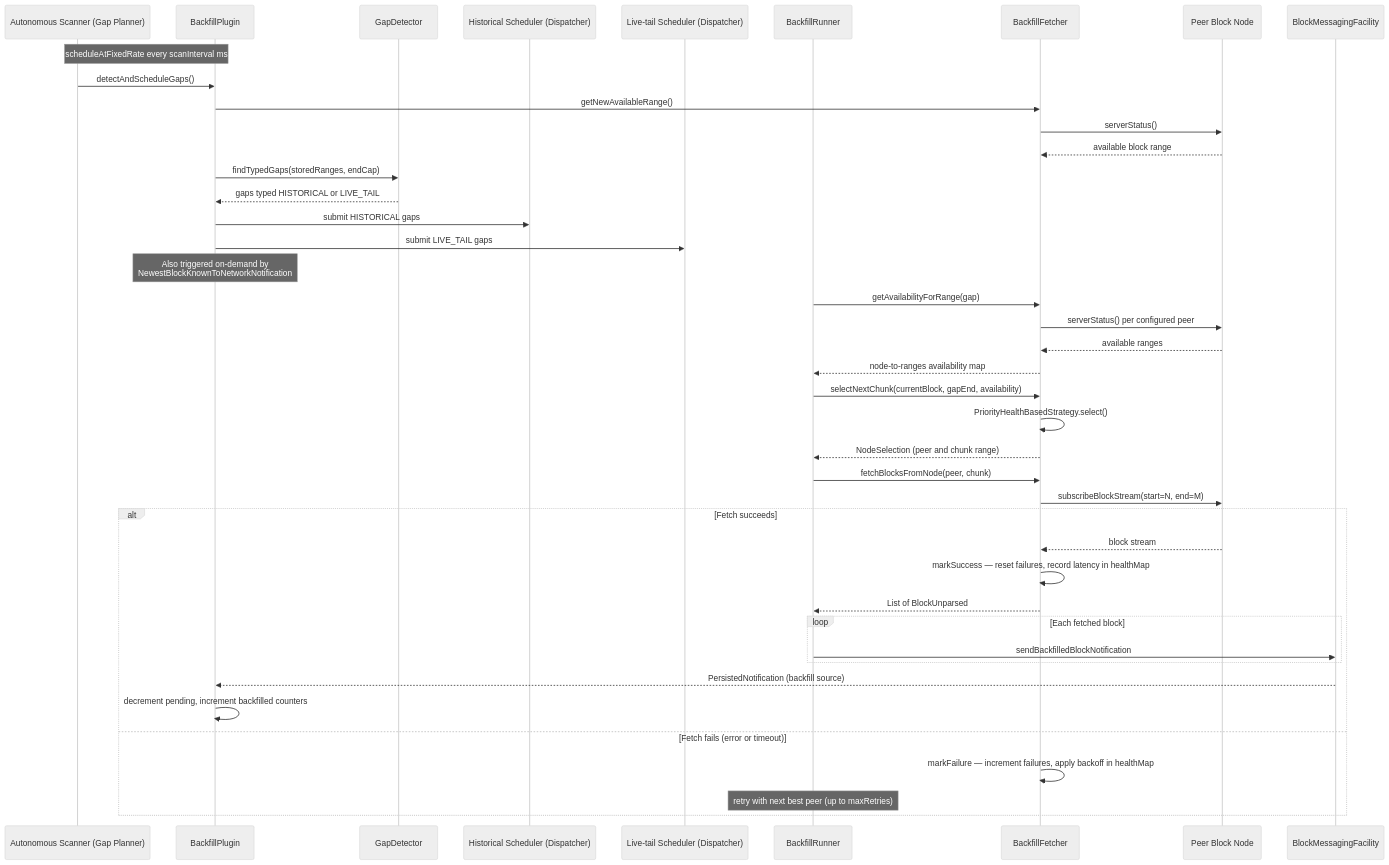
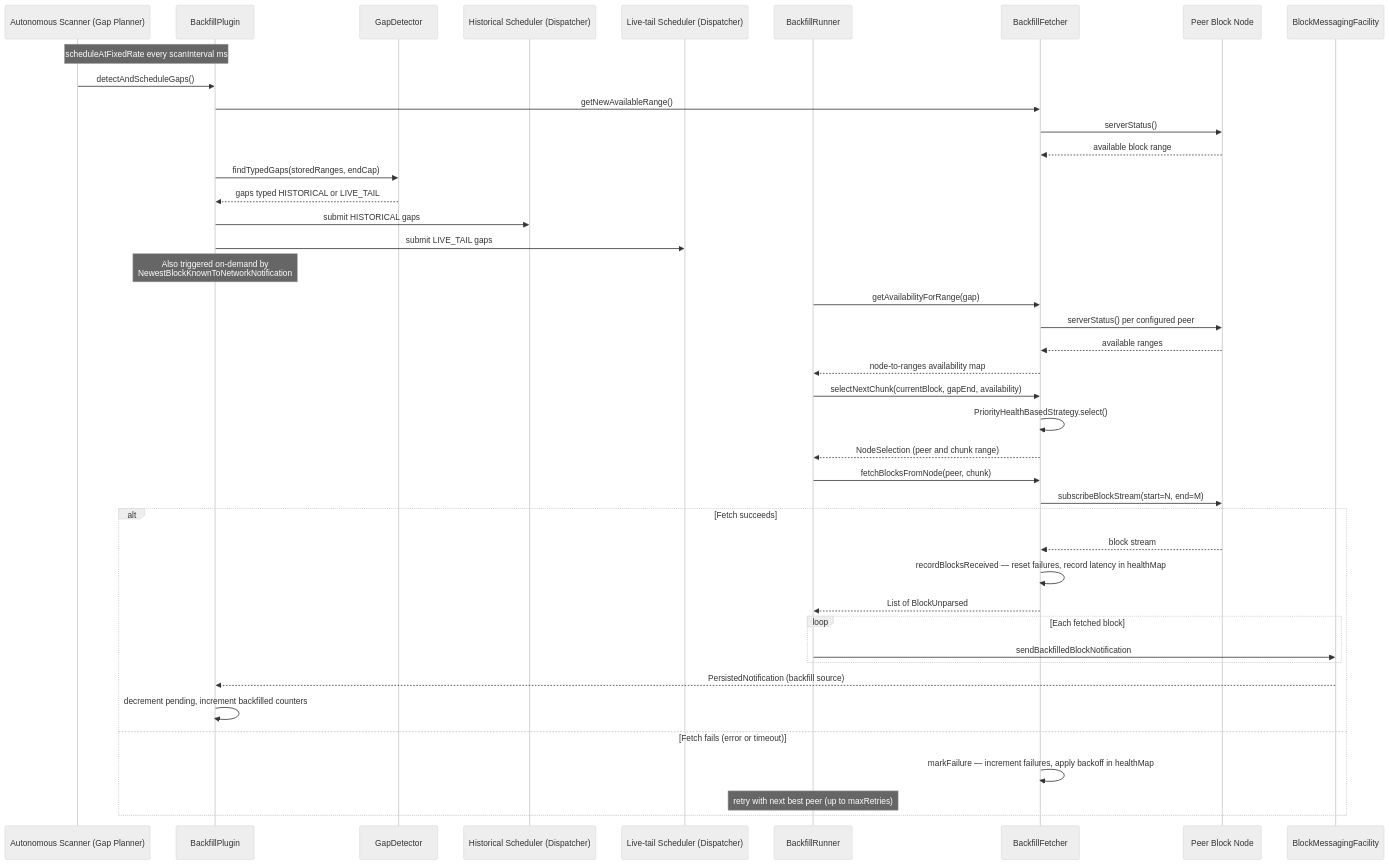
One commit to hiero-ledger/hiero-docs changed the third of 3 diagrams in block-node/block-node/architecture/data-flow.md. Above: the diagram before and after it, drawn with Mermaid (neutral theme). The commit also changed 13 other files, not shown here.

````diff
--- a/block-node/block-node/architecture/data-flow.md
+++ b/block-node/block-node/architecture/data-flow.md
@@ -159,48 +159,48 @@
 ```mermaid
 sequenceDiagram
     participant Scan as Autonomous Scanner (Gap Planner)
     participant Plugin as BackfillPlugin
     participant Detector as GapDetector
     participant HScheduler as Historical Scheduler (Dispatcher)
     participant LScheduler as Live-tail Scheduler (Dispatcher)
     participant Runner as BackfillRunner
     participant Fetcher as BackfillFetcher
     participant Peer as Peer Block Node
     participant Messaging as BlockMessagingFacility
 
     Note over Scan,Plugin: scheduleAtFixedRate every scanInterval ms
     Scan->>Plugin: detectAndScheduleGaps()
     Plugin->>Fetcher: getNewAvailableRange()
     Fetcher->>Peer: serverStatus()
     Peer-->>Fetcher: available block range
     Plugin->>Detector: findTypedGaps(storedRanges, endCap)
     Detector-->>Plugin: gaps typed HISTORICAL or LIVE_TAIL
     Plugin->>HScheduler: submit HISTORICAL gaps
     Plugin->>LScheduler: submit LIVE_TAIL gaps
 
     Note over Plugin: Also triggered on-demand by<br/>NewestBlockKnownToNetworkNotification
 
     Runner->>Fetcher: getAvailabilityForRange(gap)
     Fetcher->>Peer: serverStatus() per configured peer
     Peer-->>Fetcher: available ranges
     Fetcher-->>Runner: node-to-ranges availability map
     Runner->>Fetcher: selectNextChunk(currentBlock, gapEnd, availability)
     Fetcher->>Fetcher: PriorityHealthBasedStrategy.select()
     Fetcher-->>Runner: NodeSelection (peer and chunk range)
     Runner->>Fetcher: fetchBlocksFromNode(peer, chunk)
     Fetcher->>Peer: subscribeBlockStream(start=N, end=M)
 
     alt Fetch succeeds
         Peer-->>Fetcher: block stream
-        Fetcher->>Fetcher: markSuccess — reset failures, record latency in healthMap
+        Fetcher->>Fetcher: recordBlocksReceived — reset failures, record latency in healthMap
         Fetcher-->>Runner: List of BlockUnparsed
         loop Each fetched block
             Runner->>Messaging: sendBackfilledBlockNotification
         end
         Messaging-->>Plugin: PersistedNotification (backfill source)
         Plugin->>Plugin: decrement pending, increment backfilled counters
     else Fetch fails (error or timeout)
         Fetcher->>Fetcher: markFailure — increment failures, apply backoff in healthMap
         Note over Runner: retry with next best peer (up to maxRetries)
     end
 ```
````
